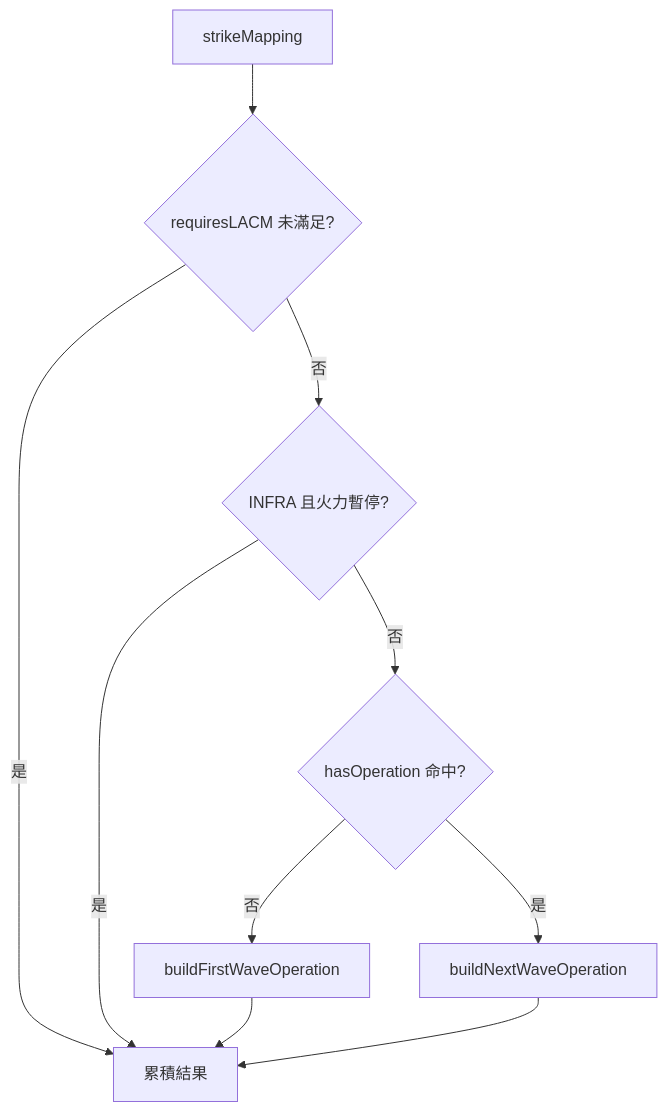
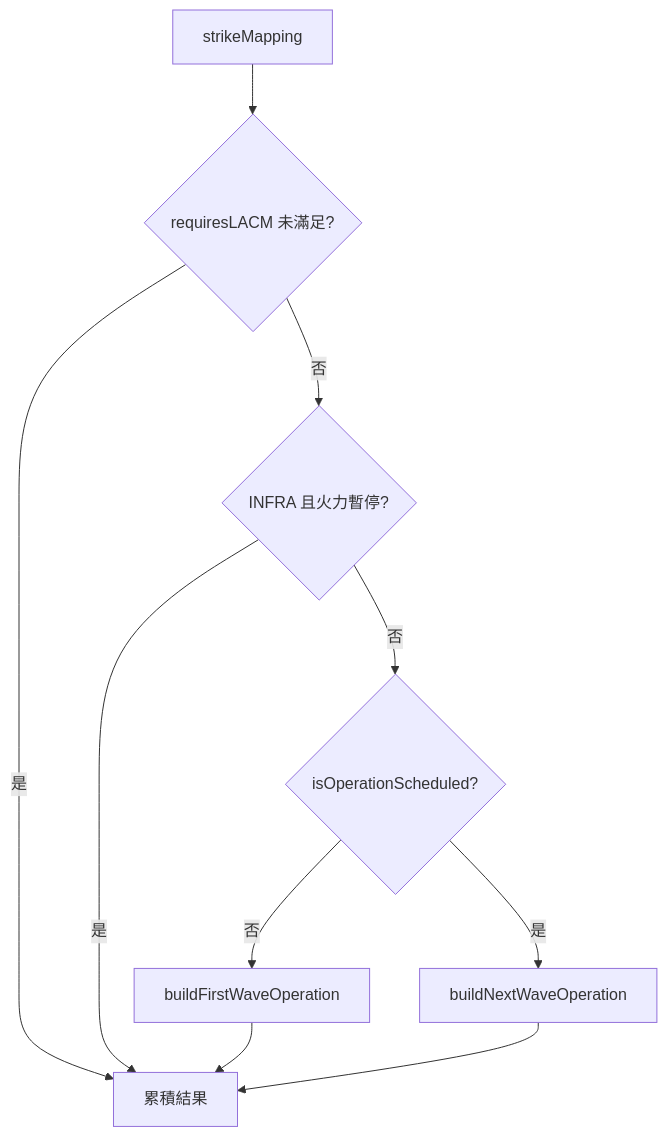
One commit to pullupjumper/formosa-in-flames changed the second of 2 diagrams in docs/strikePlanner/operationScheduler.md. Above: the diagram before and after it, drawn with Mermaid. The commit also changed other lines of this file and 2 other files, not shown here.

````diff
--- a/docs/strikePlanner/operationScheduler.md
+++ b/docs/strikePlanner/operationScheduler.md
@@ -53,18 +53,18 @@
 ```mermaid
 flowchart TD
     ENTER["strikeMapping"]
     LACM{"requiresLACM 未滿足?"}
     HOLD{"INFRA 且火力暫停?"}
-    EXISTS{"hasOperation 命中?"}
+    EXISTS{"isOperationScheduled?"}
     FIRST["buildFirstWaveOperation"]
     NEXTWAVE["buildNextWaveOperation"]
     NEXT["累積結果"]
 
     ENTER --> LACM
     LACM -->|是| NEXT
     LACM -->|否| HOLD
     HOLD -->|是| NEXT
     HOLD -->|否| EXISTS
     EXISTS -->|否| FIRST --> NEXT
     EXISTS -->|是| NEXTWAVE --> NEXT
 ```
````
